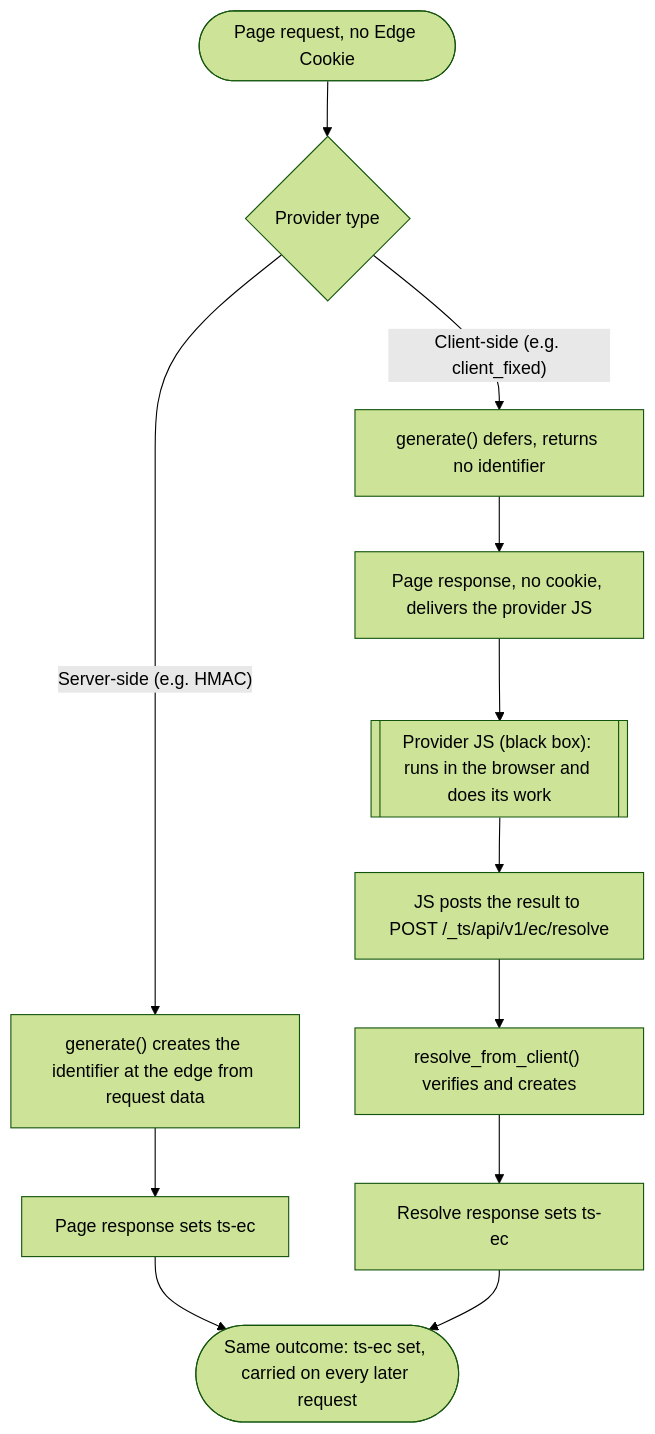
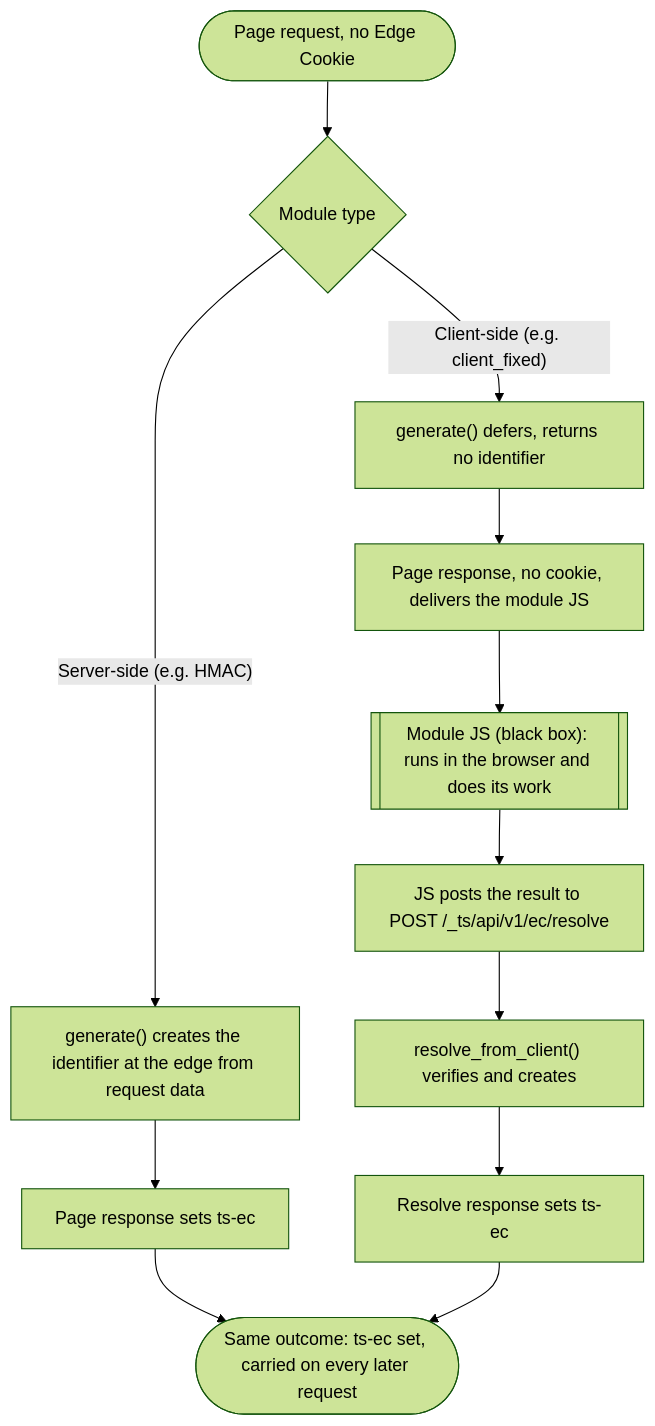
The fourth of 7 diagrams in docs/guide/edge-cookies.md (IABTechLab/trusted-server), drawn with Mermaid (forest theme) before and after one commit. The commit also changed other lines of this file and 7 other files, not shown here.

First line of the commit message:
The documentation set says module where it said provider

````diff
--- a/docs/guide/edge-cookies.md
+++ b/docs/guide/edge-cookies.md
@@ -118,17 +118,17 @@
 ```mermaid
 flowchart TD
-    Start(["Page request, no Edge Cookie"]) --> Type{"Provider type"}
+    Start(["Page request, no Edge Cookie"]) --> Type{"Module type"}
 
     Type -->|"Server-side (e.g. HMAC)"| SGen["generate() creates the identifier at the edge from request data"]
     SGen --> SSet["Page response sets ts-ec"]
 
     Type -->|"Client-side (e.g. client_fixed)"| CDefer["generate() defers, returns no identifier"]
-    CDefer --> CPage["Page response, no cookie, delivers the provider JS"]
-    CPage --> CBox[["Provider JS (black box): runs in the browser and does its work"]]
+    CDefer --> CPage["Page response, no cookie, delivers the module JS"]
+    CPage --> CBox[["Module JS (black box): runs in the browser and does its work"]]
     CBox --> CPost["JS posts the result to POST /_ts/api/v1/ec/resolve"]
     CPost --> CResolve["resolve_from_client() verifies and creates"]
     CResolve --> CSet["Resolve response sets ts-ec"]
 
     SSet --> Same(["Same outcome: ts-ec set, carried on every later request"])
     CSet --> Same
 ```
````
